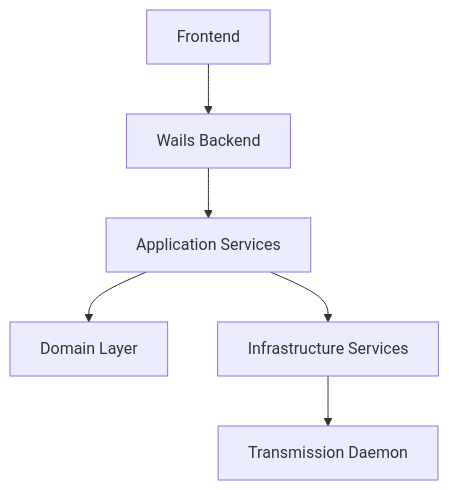
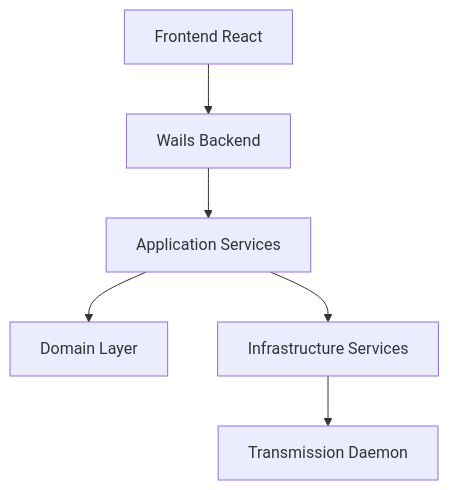
Before and after one commit to plizkinzmey/remote-transmission-client-go: the diagram in docs/architecture.md, drawn with Mermaid. The commit also changed other lines of this file and 5 other files, not shown here.

````diff
--- a/docs/architecture.md
+++ b/docs/architecture.md
@@ -49,8 +113,8 @@
 ```mermaid
 graph TD
-    A[Frontend] --> B[Wails Backend]
+    A[Frontend React] --> B[Wails Backend]
     B --> C[Application Services]
     C --> D[Domain Layer]
     C --> E[Infrastructure Services]
     E --> F[Transmission Daemon]
 ```
````
